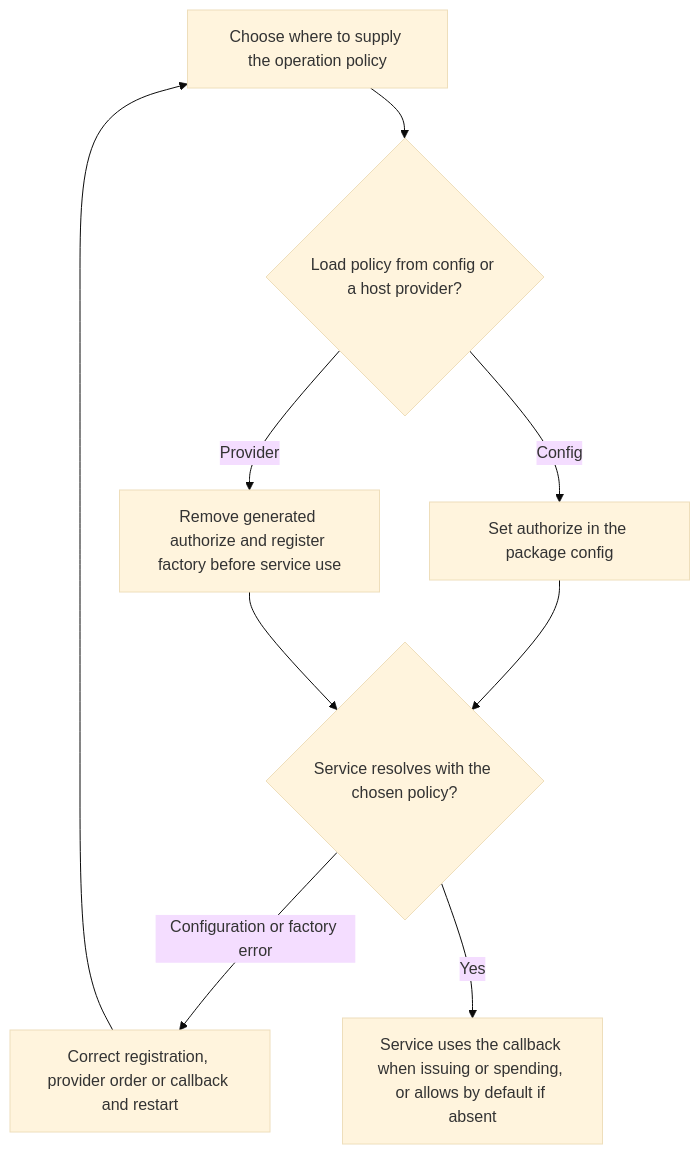
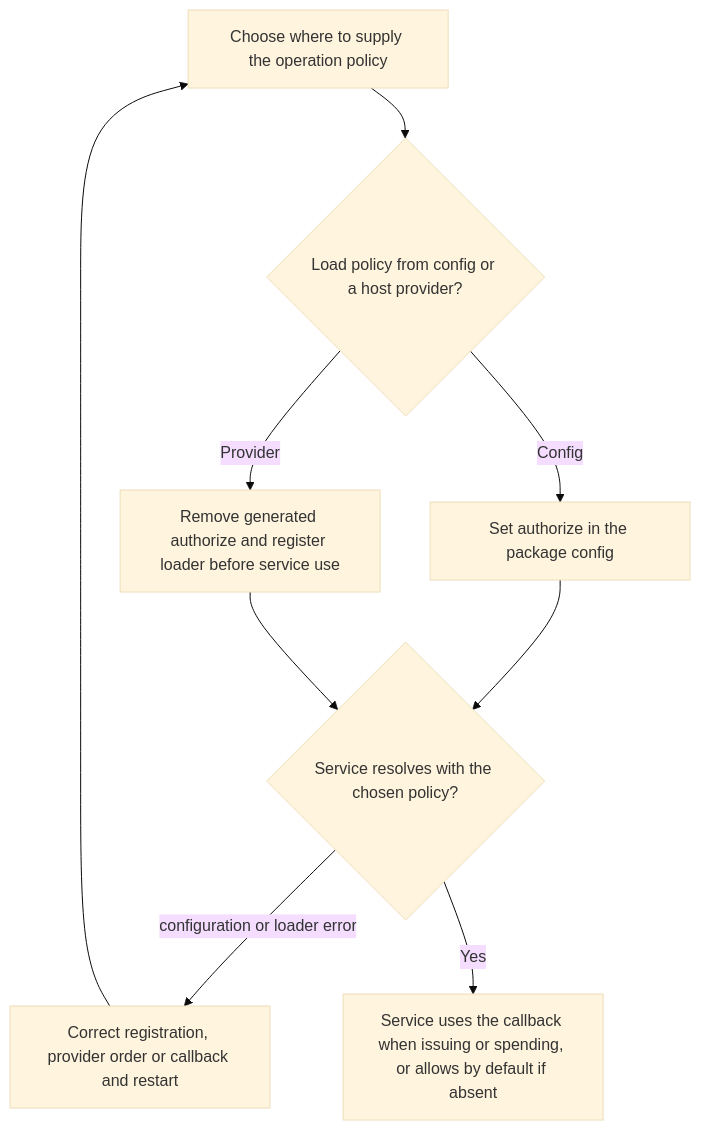
The first of 2 diagrams in user-stories/US-CONFIRM-09-register-authorization.md (Kevinjohn/oss-adonisjs-confirm-action-with-password), drawn with Mermaid (base theme) before and after one commit. The commit also changed other lines of this file and 53 other files, not shown here.

````diff
--- a/user-stories/US-CONFIRM-09-register-authorization.md
+++ b/user-stories/US-CONFIRM-09-register-authorization.md
@@ -21,11 +21,11 @@
 ```mermaid
 flowchart TD
     A["Choose where to supply the operation policy"] --> B{"Load policy from config or a host provider?"}
     B -->|Config| C["Set authorize in the package config"]
-    B -->|Provider| D["Remove generated authorize and register factory before service use"]
+    B -->|Provider| D["Remove generated authorize and register loader before service use"]
     C --> E{"Service resolves with the chosen policy?"}
     D --> E
-    E -->|Configuration or factory error| F["Correct registration, provider order or callback and restart"]
+    E -->|configuration or loader error| F["Correct registration, provider order or callback and restart"]
     F --> A
     E -->|Yes| G["Service uses the callback when issuing or spending, or allows by default if absent"]
 ```
````
